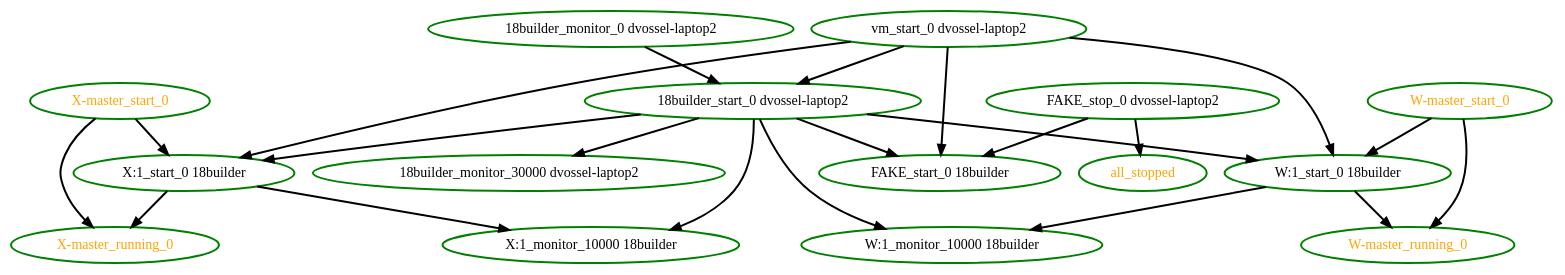
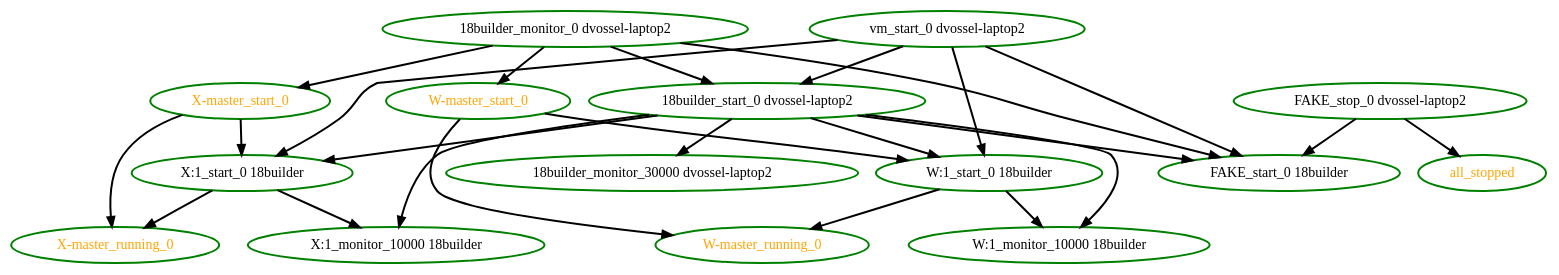
One commit to ClusterLabs/pacemaker changed the diagram in pengine/test10/whitebox-fail3.dot. Above: the diagram before and after it, drawn with Graphviz. The commit also changed 63 other files, not shown here.

```diff
--- a/pengine/test10/whitebox-fail3.dot
+++ b/pengine/test10/whitebox-fail3.dot
@@ -1,38 +1,41 @@
 digraph "g" {
 "18builder_monitor_0 dvossel-laptop2" -> "18builder_start_0 dvossel-laptop2" [ style = bold]
+"18builder_monitor_0 dvossel-laptop2" -> "FAKE_start_0 18builder" [ style = bold]
+"18builder_monitor_0 dvossel-laptop2" -> "W-master_start_0" [ style = bold]
+"18builder_monitor_0 dvossel-laptop2" -> "X-master_start_0" [ style = bold]
 "18builder_monitor_0 dvossel-laptop2" [ style=bold color="green" fontcolor="black"]
 "18builder_monitor_30000 dvossel-laptop2" [ style=bold color="green" fontcolor="black"]
 "18builder_start_0 dvossel-laptop2" -> "18builder_monitor_30000 dvossel-laptop2" [ style = bold]
 "18builder_start_0 dvossel-laptop2" -> "FAKE_start_0 18builder" [ style = bold]
 "18builder_start_0 dvossel-laptop2" -> "W:1_monitor_10000 18builder" [ style = bold]
 "18builder_start_0 dvossel-laptop2" -> "W:1_start_0 18builder" [ style = bold]
 "18builder_start_0 dvossel-laptop2" -> "X:1_monitor_10000 18builder" [ style = bold]
 "18builder_start_0 dvossel-laptop2" -> "X:1_start_0 18builder" [ style = bold]
 "18builder_start_0 dvossel-laptop2" [ style=bold color="green" fontcolor="black"]
 "FAKE_start_0 18builder" [ style=bold color="green" fontcolor="black"]
 "FAKE_stop_0 dvossel-laptop2" -> "FAKE_start_0 18builder" [ style = bold]
 "FAKE_stop_0 dvossel-laptop2" -> "all_stopped" [ style = bold]
 "FAKE_stop_0 dvossel-laptop2" [ style=bold color="green" fontcolor="black"]
 "W-master_running_0" [ style=bold color="green" fontcolor="orange"]
 "W-master_start_0" -> "W-master_running_0" [ style = bold]
 "W-master_start_0" -> "W:1_start_0 18builder" [ style = bold]
 "W-master_start_0" [ style=bold color="green" fontcolor="orange"]
 "W:1_monitor_10000 18builder" [ style=bold color="green" fontcolor="black"]
 "W:1_start_0 18builder" -> "W-master_running_0" [ style = bold]
 "W:1_start_0 18builder" -> "W:1_monitor_10000 18builder" [ style = bold]
 "W:1_start_0 18builder" [ style=bold color="green" fontcolor="black"]
 "X-master_running_0" [ style=bold color="green" fontcolor="orange"]
 "X-master_start_0" -> "X-master_running_0" [ style = bold]
 "X-master_start_0" -> "X:1_start_0 18builder" [ style = bold]
 "X-master_start_0" [ style=bold color="green" fontcolor="orange"]
 "X:1_monitor_10000 18builder" [ style=bold color="green" fontcolor="black"]
 "X:1_start_0 18builder" -> "X-master_running_0" [ style = bold]
 "X:1_start_0 18builder" -> "X:1_monitor_10000 18builder" [ style = bold]
 "X:1_start_0 18builder" [ style=bold color="green" fontcolor="black"]
 "all_stopped" [ style=bold color="green" fontcolor="orange"]
 "vm_start_0 dvossel-laptop2" -> "18builder_start_0 dvossel-laptop2" [ style = bold]
 "vm_start_0 dvossel-laptop2" -> "FAKE_start_0 18builder" [ style = bold]
 "vm_start_0 dvossel-laptop2" -> "W:1_start_0 18builder" [ style = bold]
 "vm_start_0 dvossel-laptop2" -> "X:1_start_0 18builder" [ style = bold]
 "vm_start_0 dvossel-laptop2" [ style=bold color="green" fontcolor="black"]
 }
```
